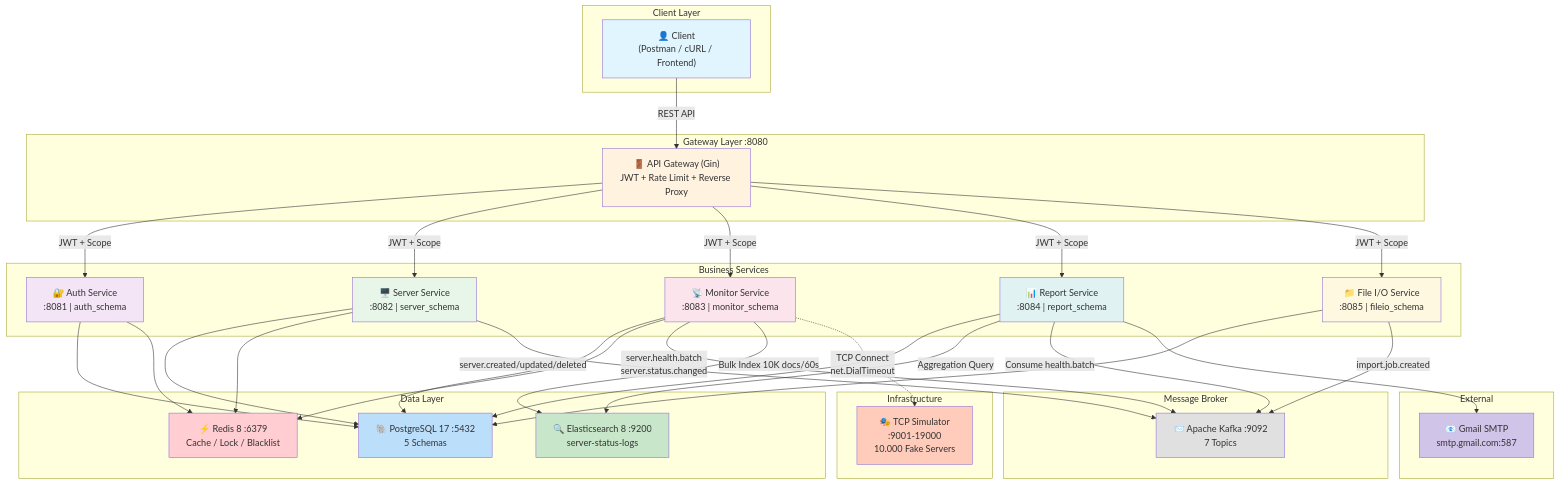
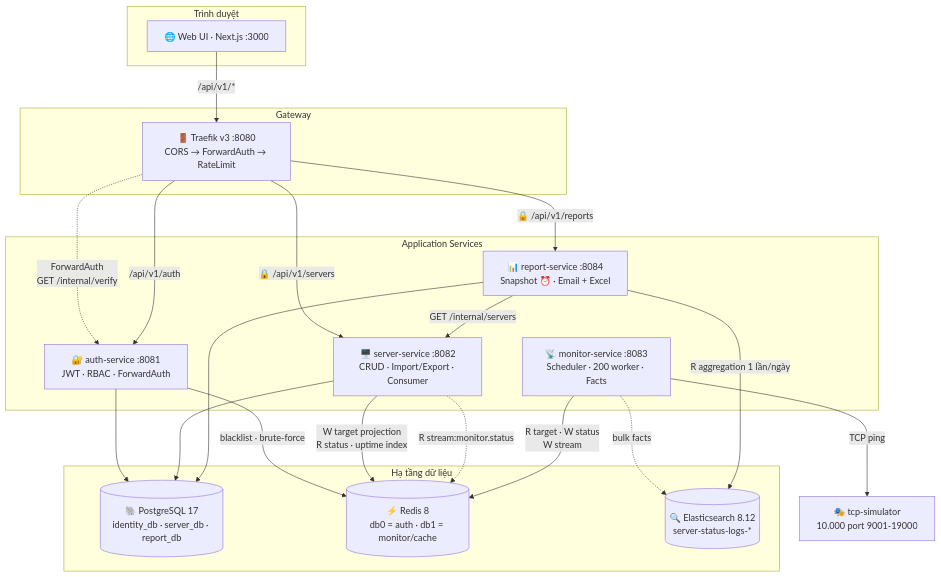
Before and after one commit to dwchwang/sms_microservice: the second of 5 diagrams in .claude/diagrams/architecture-diagram.md, drawn with Mermaid. The commit also changed other lines of this file and 21 other files, not shown here.

Commit message:
feat: add Excel report generation and email attachment functionality

````diff
--- a/.claude/diagrams/architecture-diagram.md
+++ b/.claude/diagrams/architecture-diagram.md
@@ -10,79 +32,46 @@
 ```mermaid
 graph TB
-    subgraph "Client Layer"
-        Client["👤 Client<br/>(Postman / cURL / Frontend)"]
+    subgraph CLIENT["Trình duyệt"]
+        WEB["🌐 Web UI · Next.js :3000"]
     end
 
-    subgraph "Gateway Layer :8080"
-        GW["🚪 API Gateway (Gin)<br/>JWT + Rate Limit + Reverse Proxy"]
+    subgraph GATEWAY["Gateway"]
+        TRAEFIK["🚪 Traefik v3 :8080<br/>CORS → ForwardAuth → RateLimit"]
     end
 
-    subgraph "Business Services"
-        AUTH["🔐 Auth Service<br/>:8081 | auth_schema"]
-        SERVER["🖥️ Server Service<br/>:8082 | server_schema"]
-        MONITOR["📡 Monitor Service<br/>:8083 | monitor_schema"]
-        REPORT["📊 Report Service<br/>:8084 | report_schema"]
-        FILEIO["📁 File I/O Service<br/>:8085 | fileio_schema"]
+    subgraph APP["Application Services"]
+        AUTH["🔐 auth-service :8081<br/>JWT · RBAC · ForwardAuth"]
+        SRV["🖥️ server-service :8082<br/>CRUD · Import/Export · Consumer"]
+        MON["📡 monitor-service :8083<br/>Scheduler · 200 worker · Facts"]
+        REP["📊 report-service :8084<br/>Snapshot ⏰ · Email + Excel"]
     end
 
-    subgraph "Infrastructure"
-        TCPSIM["🎭 TCP Simulator<br/>:9001-19000<br/>10.000 Fake Servers"]
+    subgraph DATA["Hạ tầng dữ liệu"]
+        PG[("🐘 PostgreSQL 17<br/>identity_db · server_db · report_db")]
+        REDIS[("⚡ Redis 8<br/>db0 = auth · db1 = monitor/cache")]
+        ES[("🔍 Elasticsearch 8.12<br/>server-status-logs-*")]
     end
 
-    subgraph "Message Broker"
-        KAFKA["📨 Apache Kafka :9092<br/>7 Topics"]
-    end
+    SIM["🎭 tcp-simulator<br/>10.000 port 9001-19000"]
 
-    subgraph "Data Layer"
-        PG["🐘 PostgreSQL 17 :5432<br/>5 Schemas"]
-        REDIS["⚡ Redis 8 :6379<br/>Cache / Lock / Blacklist"]
-        ES["🔍 Elasticsearch 8 :9200<br/>server-status-logs"]
-    end
-
-    subgraph "External"
-        SMTP["📧 Gmail SMTP<br/>smtp.gmail.com:587"]
-    end
-
-    Client -->|"REST API"| GW
-
-    GW -->|"JWT + Scope"| AUTH
-    GW -->|"JWT + Scope"| SERVER
-    GW -->|"JWT + Scope"| MONITOR
-    GW -->|"JWT + Scope"| REPORT
-    GW -->|"JWT + Scope"| FILEIO
+    WEB -->|"/api/v1/*"| TRAEFIK
+    TRAEFIK -.->|"ForwardAuth<br/>GET /internal/verify"| AUTH
+    TRAEFIK -->|"/api/v1/auth"| AUTH
+    TRAEFIK -->|"🔒 /api/v1/servers"| SRV
+    TRAEFIK -->|"🔒 /api/v1/reports"| REP
 
     AUTH --> PG
-    AUTH --> REDIS
+    AUTH -->|"blacklist · brute-force"| REDIS
 
-    SERVER --> PG
-    SERVER --> REDIS
-    SERVER -->|"server.created/updated/deleted"| KAFKA
+    SRV --> PG
+    SRV -->|"W target projection<br/>R status · uptime index"| REDIS
+    SRV -.->|"R stream:monitor.status"| REDIS
 
-    MONITOR --> PG
-    MONITOR --> REDIS
-    MONITOR -->|"server.health.batch<br/>server.status.changed"| KAFKA
-    MONITOR -->|"Bulk Index 10K docs/60s"| ES
-    MONITOR -.->|"TCP Connect<br/>net.DialTimeout"| TCPSIM
+    MON -->|"R target · W status<br/>W stream"| REDIS
+    MON -.->|"bulk facts"| ES
+    MON -->|"TCP ping"| SIM
 
-    REPORT --> PG
-    REPORT -->|"Aggregation Query"| ES
-    REPORT -->|"Consume health.batch"| KAFKA
-    REPORT --> SMTP
-
-    FILEIO --> PG
-    FILEIO -->|"import.job.created"| KAFKA
-
-    style Client fill:#e1f5fe
-    style GW fill:#fff3e0
-    style AUTH fill:#f3e5f5
-    style SERVER fill:#e8f5e9
-    style MONITOR fill:#fce4ec
-    style REPORT fill:#e0f2f1
-    style FILEIO fill:#fff8e1
-    style TCPSIM fill:#ffccbc
-    style KAFKA fill:#e0e0e0
-    style PG fill:#bbdefb
-    style REDIS fill:#ffcdd2
-    style ES fill:#c8e6c9
-    style SMTP fill:#d1c4e9
+    REP --> PG
+    REP -->|"R aggregation 1 lần/ngày"| ES
+    REP -->|"GET /internal/servers"| SRV
 ```
````
